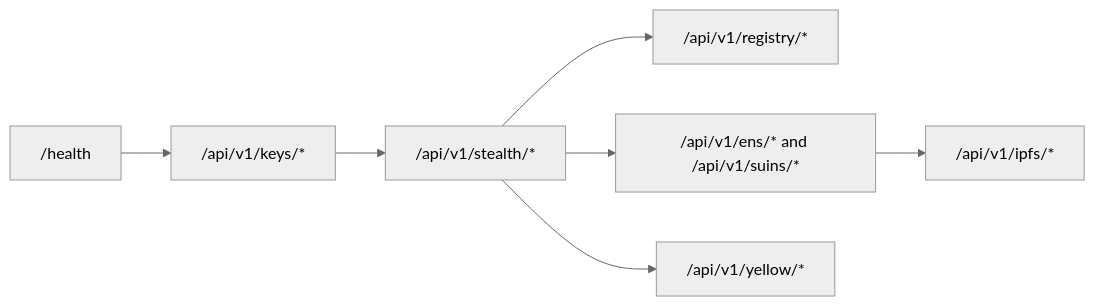
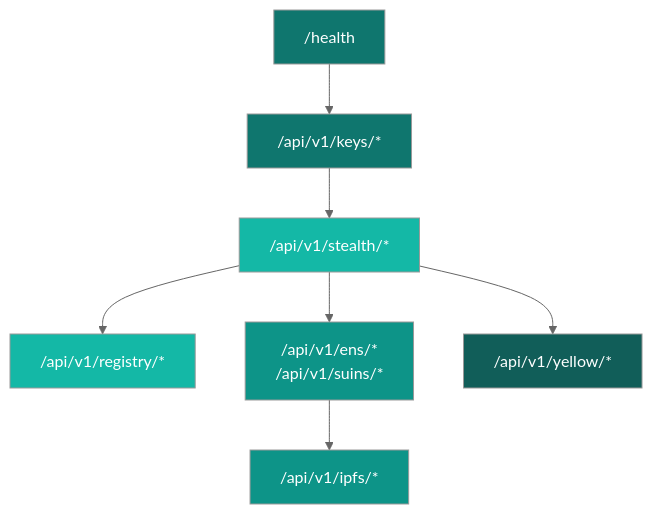
The diagram in api/introduction.mdx (specter-privacy/docs), drawn with Mermaid (neutral theme) before and after one commit. The commit also changed other lines of this file and 68 other files, not shown here.

````diff
--- a/api/introduction.mdx
+++ b/api/introduction.mdx
@@ -25,9 +27,17 @@
 ```mermaid
-flowchart LR
-    A["/health"] --> B["/api/v1/keys/*"]
-    B --> C["/api/v1/stealth/*"]
-    C --> D["/api/v1/registry/*"]
-    C --> E["/api/v1/ens/* and /api/v1/suins/*"]
-    E --> F["/api/v1/ipfs/*"]
-    C --> G["/api/v1/yellow/*"]
+flowchart TD
+    Health["/health"] --> Keys["/api/v1/keys/*"]
+    Keys --> Stealth["/api/v1/stealth/*"]
+    Stealth --> Registry["/api/v1/registry/*"]
+    Stealth --> Names["/api/v1/ens/*\n/api/v1/suins/*"]
+    Names --> IPFS["/api/v1/ipfs/*"]
+    Stealth --> Yellow["/api/v1/yellow/*"]
+
+    style Health fill:#0F766E,color:#fff
+    style Keys fill:#0F766E,color:#fff
+    style Stealth fill:#14B8A6,color:#fff
+    style Registry fill:#14B8A6,color:#fff
+    style Names fill:#0d9488,color:#fff
+    style IPFS fill:#0d9488,color:#fff
+    style Yellow fill:#115E59,color:#fff
 ```
````
